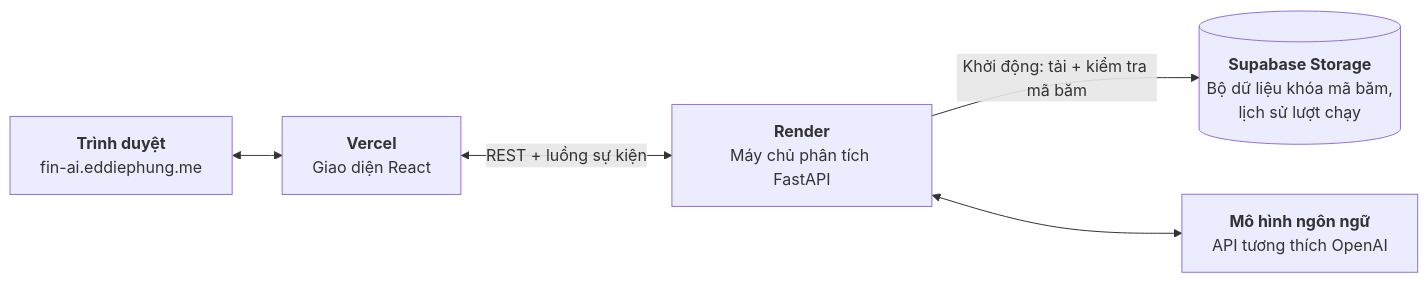
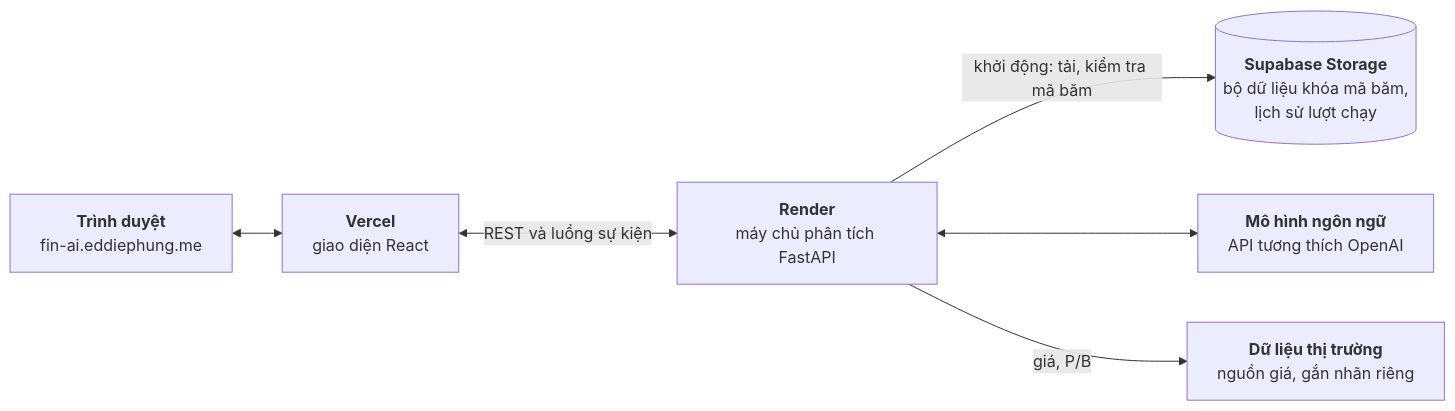
The diagram in docs/thesis-v2/figures/hinh-4-3-kien-truc-trien-khai.mmd (thaicuong576/final-thesis), drawn with Mermaid before and after one commit. The commit also changed 16 other files, not shown here.

First line of the commit message:
docs(thesis): [FIG] monochrome diagrams and plain charts (#164)

```diff
--- a/docs/thesis-v2/figures/hinh-4-3-kien-truc-trien-khai.mmd
+++ b/docs/thesis-v2/figures/hinh-4-3-kien-truc-trien-khai.mmd
@@ -1,10 +1,12 @@
 flowchart LR
     B["<b>Trình duyệt</b><br/>fin-ai.eddiephung.me"]
-    FE["<b>Vercel</b><br/>Giao diện React"]
-    BE["<b>Render</b><br/>Máy chủ phân tích FastAPI"]
-    ST[("<b>Supabase Storage</b><br/>Bộ dữ liệu khóa mã băm,<br/>lịch sử lượt chạy")]
+    FE["<b>Vercel</b><br/>giao diện React"]
+    BE["<b>Render</b><br/>máy chủ phân tích FastAPI"]
+    ST[("<b>Supabase Storage</b><br/>bộ dữ liệu khóa mã băm,<br/>lịch sử lượt chạy")]
     LLM["<b>Mô hình ngôn ngữ</b><br/>API tương thích OpenAI"]
+    MK["<b>Dữ liệu thị trường</b><br/>nguồn giá, gắn nhãn riêng"]
     B <--> FE
-    FE <-->|"REST + luồng sự kiện"| BE
-    BE -->|"Khởi động: tải + kiểm tra mã băm"| ST
+    FE <-->|"REST và luồng sự kiện"| BE
+    BE -->|"khởi động: tải, kiểm tra mã băm"| ST
     BE <--> LLM
+    BE -->|"giá, P/B"| MK
```
